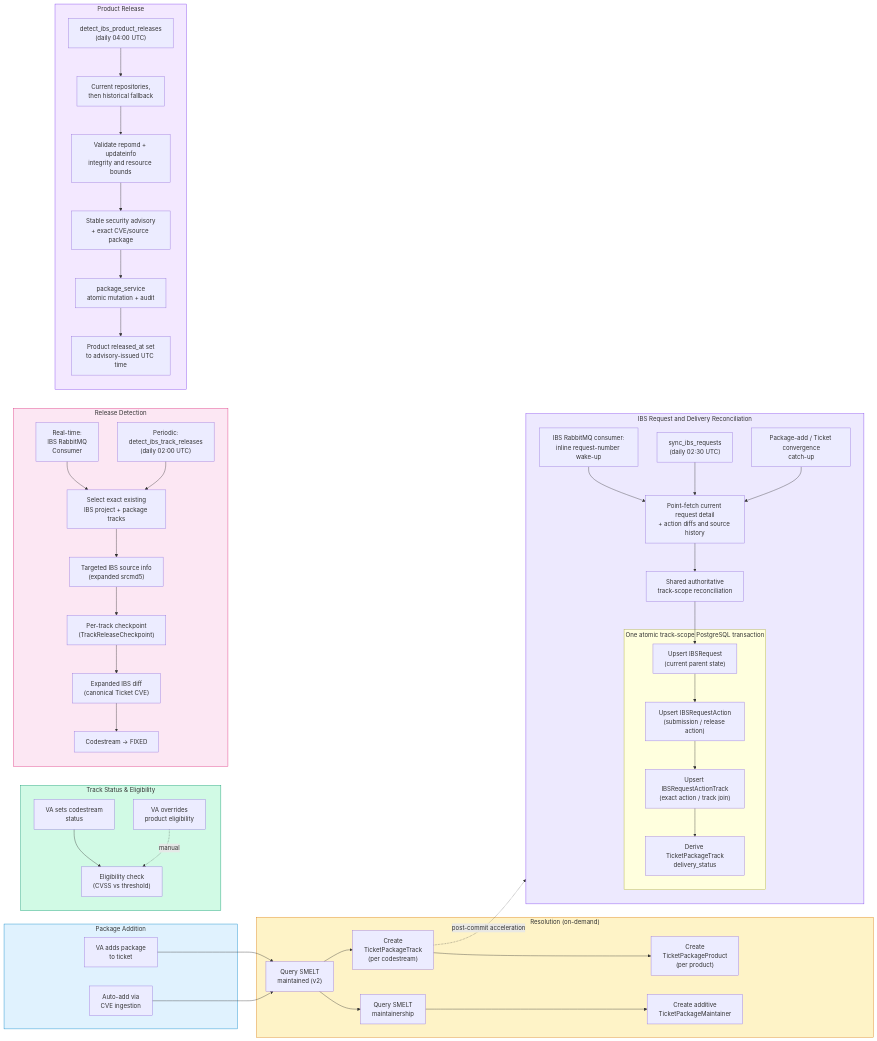
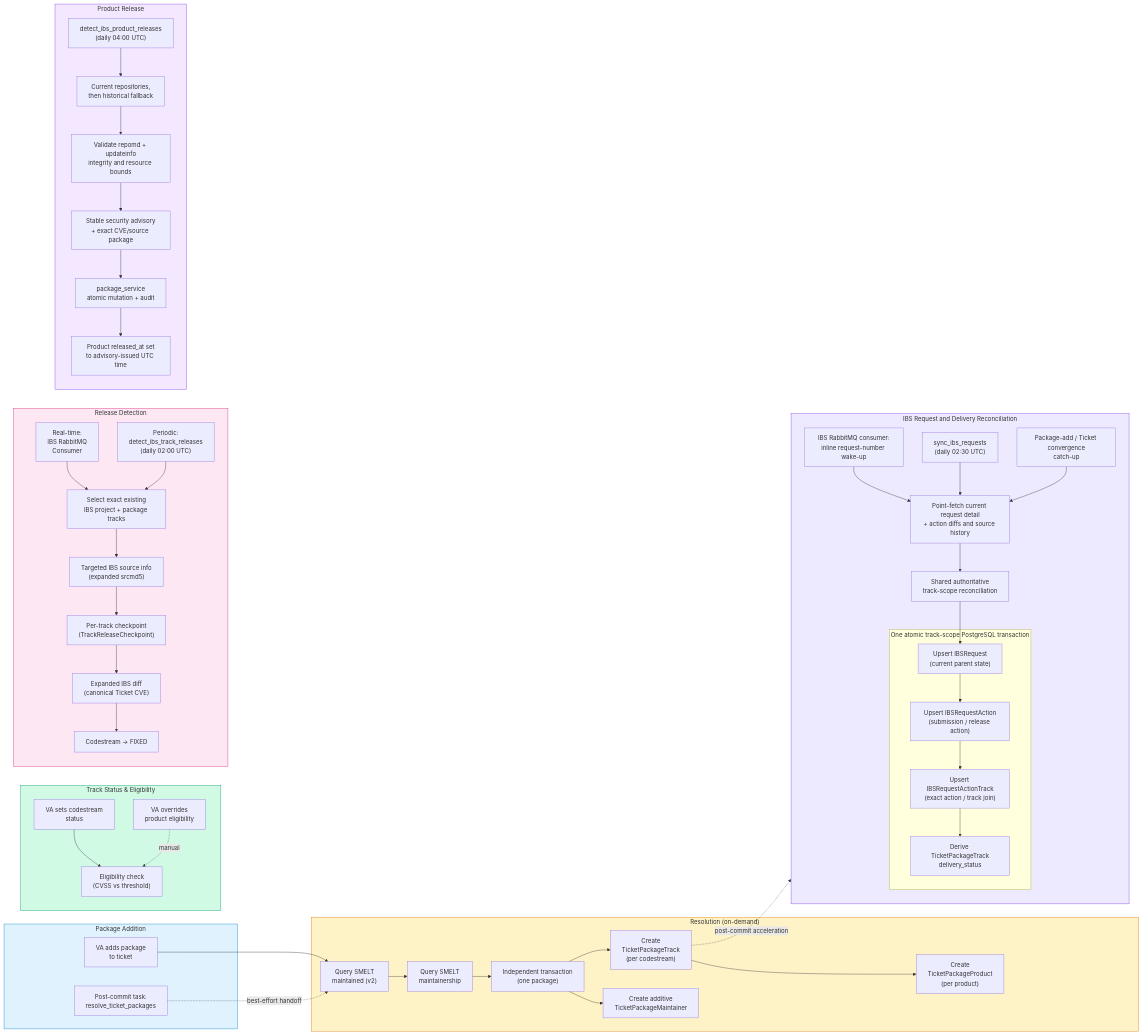
The fourth of 7 diagrams in docs/system-map.md (StayPirate/sentinel), drawn with Mermaid before and after one commit. The commit also changed other lines of this file and 12 other files, not shown here.

Commit message:
docs: define post-ingest package resolution (#540)

```diff
--- a/docs/system-map.md
+++ b/docs/system-map.md
@@ -488,12 +499,13 @@
 flowchart LR
     subgraph add_pkg["Package Addition"]
         VA_ADD["VA adds package<br/>to ticket"]
-        CPE_MATCH["Auto-add via<br/>CVE ingestion"]
+        CPE_MATCH["Post-commit task:<br/>resolve_ticket_packages"]
     end
 
     subgraph resolve["Resolution (on-demand)"]
         SMELT_Q["Query SMELT<br/>maintained (v2)"]
         SMELT_M["Query SMELT<br/>maintainership"]
+        PACKAGE_UNIT["Independent transaction<br/>(one package)"]
         CREATE_CS["Create<br/>TicketPackageTrack<br/>(per codestream)"]
         CREATE_PR["Create<br/>TicketPackageProduct<br/>(per product)"]
         CREATE_PM["Create additive<br/>TicketPackageMaintainer"]
@@ -556,9 +568,10 @@
     end
 
     VA_ADD --> SMELT_Q
-    CPE_MATCH --> SMELT_Q
-    SMELT_Q --> CREATE_CS --> CREATE_PR
-    SMELT_Q --> SMELT_M --> CREATE_PM
+    CPE_MATCH -.->|"best-effort handoff"| SMELT_Q
+    SMELT_Q --> SMELT_M --> PACKAGE_UNIT
+    PACKAGE_UNIT --> CREATE_CS --> CREATE_PR
+    PACKAGE_UNIT --> CREATE_PM
     CREATE_CS -.->|"post-commit acceleration"| REQ_CATCHUP
 
     VA_SET --> ELIG
```
